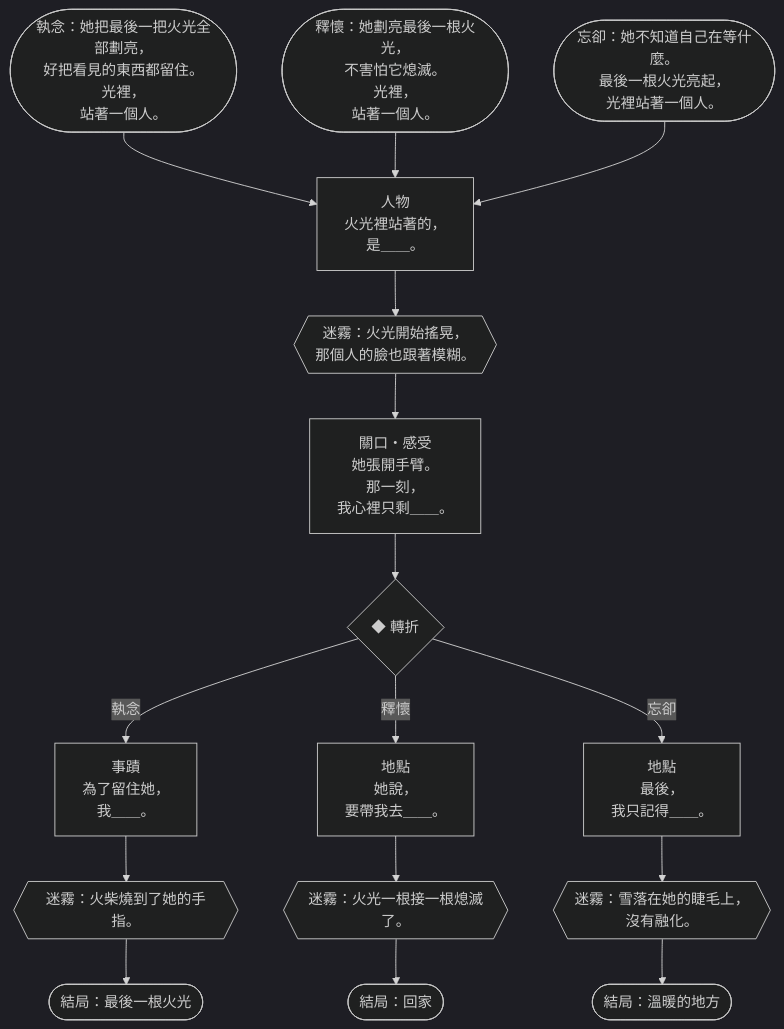
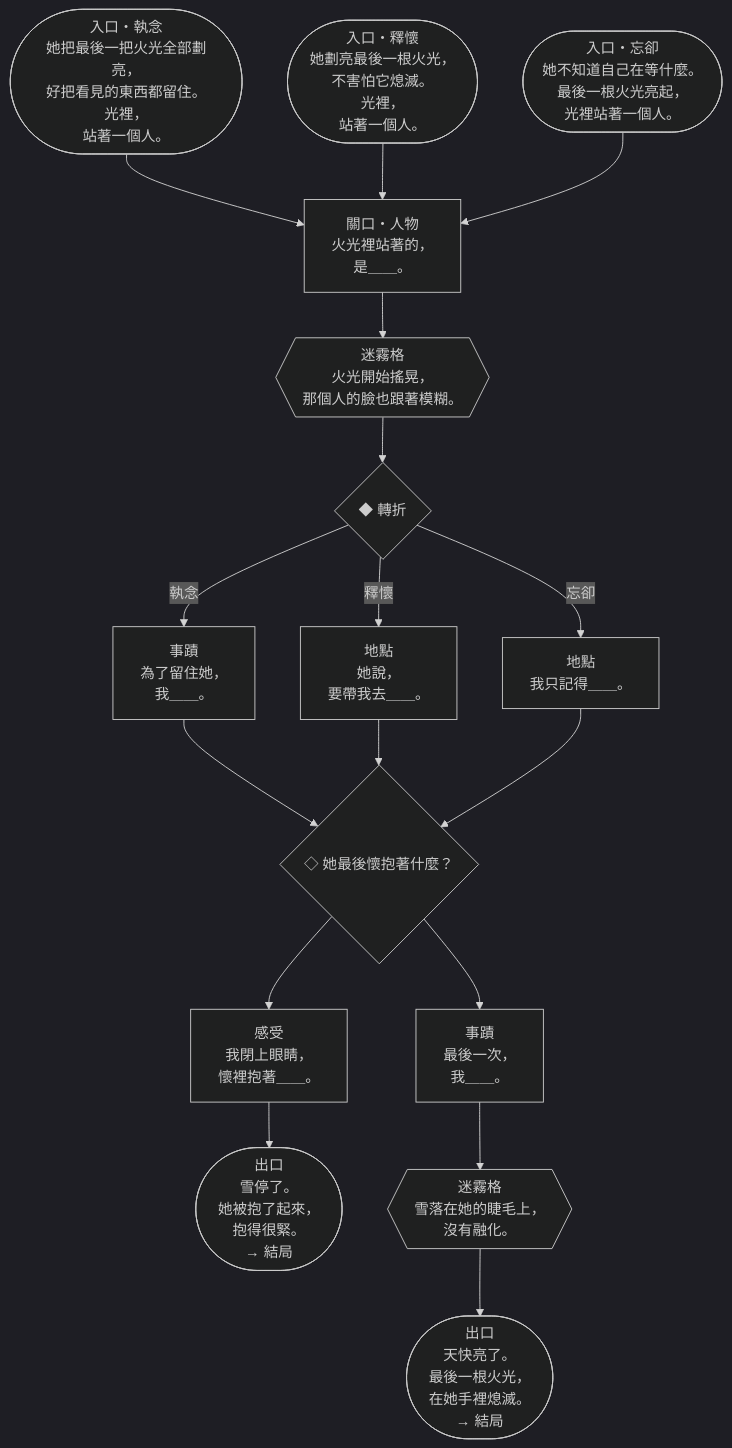
The third of 15 diagrams in docs/design/V5-storybooks.zh-TW.md (Ralph-Liu-Hub/Boardgame-Netherbloom), drawn with Mermaid (dark theme) before and after one commit. The commit also changed other lines of this file, not shown here.

````diff
--- a/docs/design/V5-storybooks.zh-TW.md
+++ b/docs/design/V5-storybooks.zh-TW.md
@@ -244,11 +298,31 @@
 ```mermaid
 flowchart TD
-  c2E0(["執念：她把最後一把火光全部劃亮，<br>好把看見的東西都留住。<br>光裡，<br>站著一個人。"]) --> c2A
-  c2E1(["釋懷：她劃亮最後一根火光，<br>不害怕它熄滅。<br>光裡，<br>站著一個人。"]) --> c2A
-  c2E2(["忘卻：她不知道自己在等什麼。<br>最後一根火光亮起，<br>光裡站著一個人。"]) --> c2A
-  c2A["人物<br>火光裡站著的，<br>是＿＿。"] --> c2M{{"迷霧：火光開始搖晃，<br>那個人的臉也跟著模糊。"}}
-  c2M --> c2B["關口・感受<br>她張開手臂。<br>那一刻，<br>我心裡只剩＿＿。"] --> c2T{"◆ 轉折"}
-  c2T -- 執念 --> c2C0["事蹟<br>為了留住她，<br>我＿＿。"] --> c2X0{{"迷霧：火柴燒到了她的手指。"}} --> c2O0(["結局：最後一根火光"])
-  c2T -- 釋懷 --> c2C1["地點<br>她說，<br>要帶我去＿＿。"] --> c2X1{{"迷霧：火光一根接一根熄滅了。"}} --> c2O1(["結局：回家"])
-  c2T -- 忘卻 --> c2C2["地點<br>最後，<br>我只記得＿＿。"] --> c2X2{{"迷霧：雪落在她的睫毛上，<br>沒有融化。"}} --> c2O2(["結局：溫暖的地方"])
+  c2E0(["入口・執念<br>她把最後一把火光全部劃亮，<br>好把看見的東西都留住。<br>光裡，<br>站著一個人。"]) --> c2a
+  c2E1(["入口・釋懷<br>她劃亮最後一根火光，<br>不害怕它熄滅。<br>光裡，<br>站著一個人。"]) --> c2a
+  c2E2(["入口・忘卻<br>她不知道自己在等什麼。<br>最後一根火光亮起，<br>光裡站著一個人。"]) --> c2a
+  c2a["關口・人物<br>火光裡站著的，<br>是＿＿。"]
+  c2a --> c2x1
+  c2x1{{"迷霧格<br>火光開始搖晃，<br>那個人的臉也跟著模糊。"}}
+  c2x1 --> c2f
+  c2f{"◆ 轉折"}
+  c2f -- 執念 --> c2c1
+  c2f -- 釋懷 --> c2c2
+  c2f -- 忘卻 --> c2c3
+  c2c1["事蹟<br>為了留住她，<br>我＿＿。"]
+  c2c1 --> c2p1
+  c2c2["地點<br>她說，<br>要帶我去＿＿。"]
+  c2c2 --> c2p1
+  c2c3["地點<br>我只記得＿＿。"]
+  c2c3 --> c2p1
+  c2p1{"◇ 她最後懷抱著什麼？"}
+  c2p1 --> c2d1
+  c2p1 --> c2d2
+  c2d1["感受<br>我閉上眼睛，<br>懷裡抱著＿＿。"]
+  c2d1 --> c2o1
+  c2d2["事蹟<br>最後一次，<br>我＿＿。"]
+  c2d2 --> c2x2
+  c2x2{{"迷霧格<br>雪落在她的睫毛上，<br>沒有融化。"}}
+  c2x2 --> c2o2
+  c2o1(["出口<br>雪停了。<br>她被抱了起來，<br>抱得很緊。<br>→ 結局"])
+  c2o2(["出口<br>天快亮了。<br>最後一根火光，<br>在她手裡熄滅。<br>→ 結局"])
 ```
````
